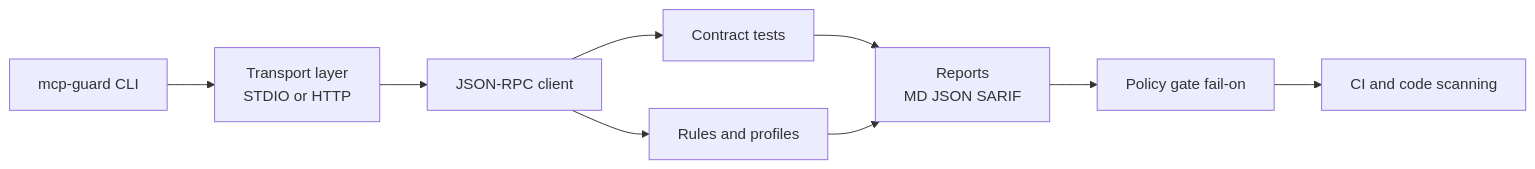
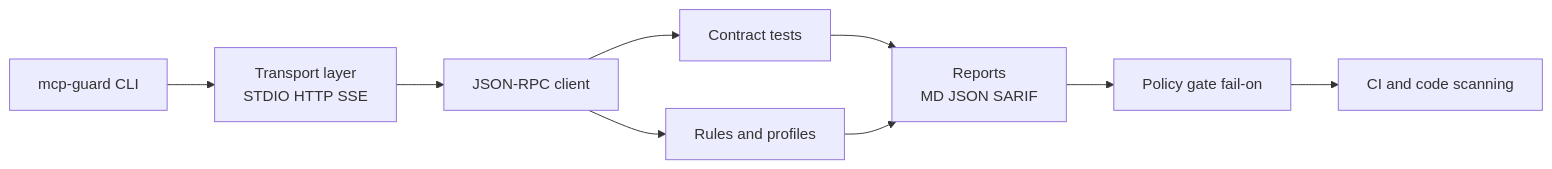
One commit to TomAs-1226/mcp-guard changed the first of 2 diagrams in README.md. Above: the diagram before and after it, drawn with Mermaid. The commit also changed other lines of this file and 15 other files, not shown here.

Commit message:
Add SSE transport and automated release-to-npm workflow

````diff
--- a/README.md
+++ b/README.md
@@ -84,11 +84,11 @@
 ```mermaid
 flowchart LR
-  CLI[mcp-guard CLI] --> T[Transport layer\nSTDIO or HTTP]
+  CLI[mcp-guard CLI] --> T[Transport layer\nSTDIO HTTP SSE]
   T --> RPC[JSON-RPC client]
   RPC --> TESTS[Contract tests]
   RPC --> RULES[Rules and profiles]
   TESTS --> REPORTS[Reports\nMD JSON SARIF]
   RULES --> REPORTS
   REPORTS --> GATE[Policy gate fail-on]
   GATE --> CI[CI and code scanning]
 ```
````
